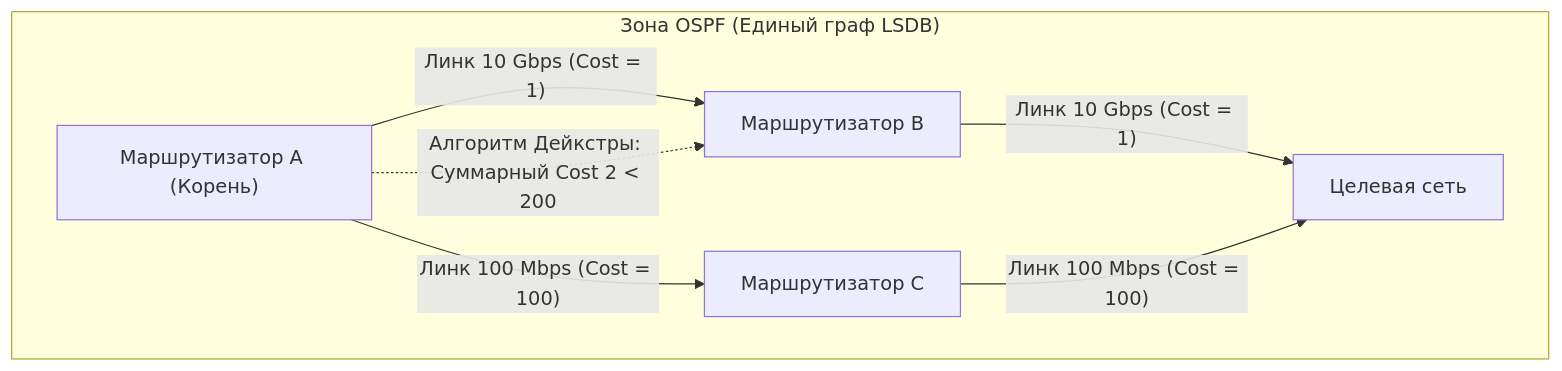
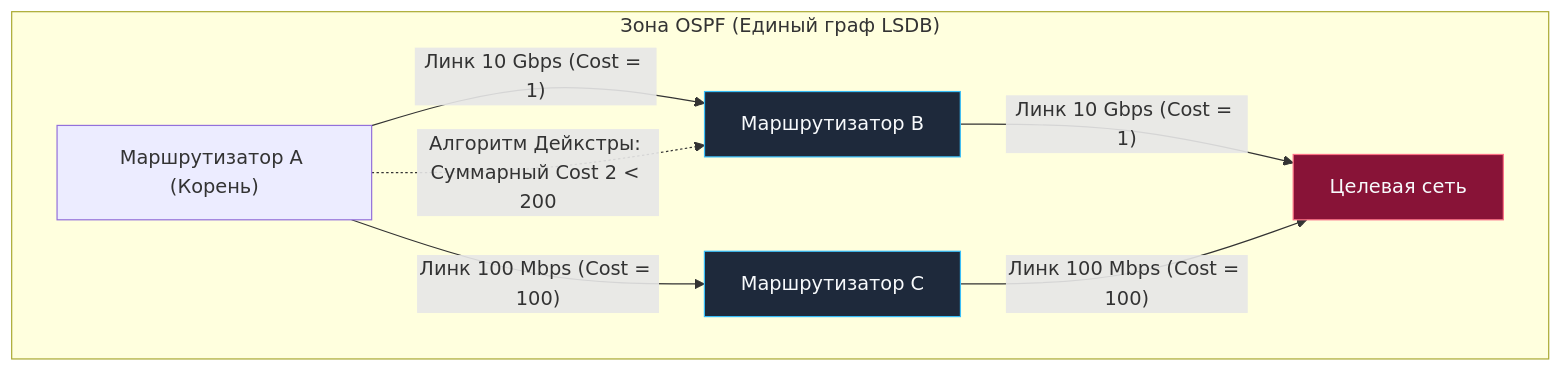
The fifth of 7 diagrams in sources/3. Компьютерные сети и сетевой стек/7. Статическая и динамическая маршрутизация. RIP, OSPF, BGP.md (UnrealTemplier/go-textbook), drawn with Mermaid before and after one commit. The commit also changed other lines of this file and 1666 other files, not shown here.

First line of the commit message:
feat(mermaid): add semantic color classDef to 1369 colorless flowchart/graph diagrams

````diff
--- a/sources/3. Компьютерные сети и сетевой стек/7. Статическая и динамическая маршрутизация. RIP, OSPF, BGP.md
+++ b/sources/3. Компьютерные сети и сетевой стек/7. Статическая и динамическая маршрутизация. RIP, OSPF, BGP.md
@@ -155,17 +185,27 @@
 ```mermaid
 flowchart TD
+    classDef process  fill:#1e293b,stroke:#38bdf8,stroke-width:1px,color:#f8fafc
+    classDef success  fill:#064e3b,stroke:#34d399,stroke-width:1px,color:#f8fafc
+    classDef error    fill:#7f1d1d,stroke:#f87171,stroke-width:1px,color:#f8fafc
+    classDef warning  fill:#78350f,stroke:#fbbf24,stroke-width:1px,color:#f8fafc
+    classDef entry    fill:#1e3a5f,stroke:#38bdf8,stroke-width:2px,color:#f8fafc
+    classDef aux      fill:#334155,stroke:#64748b,stroke-width:1px,color:#f8fafc
+    classDef system   fill:#312e81,stroke:#a78bfa,stroke-width:1px,color:#f8fafc
+    classDef data     fill:#132d29,stroke:#2dd4bf,stroke-width:1px,color:#f8fafc
+    classDef network  fill:#881337,stroke:#fb7185,stroke-width:1px,color:#f8fafc
+    classDef accent   fill:#1e1b4b,stroke:#818cf8,stroke-width:1px,color:#f8fafc
     subgraph OSPF_Area ["Зона OSPF (Единый граф LSDB)"]
         R_A["Маршрутизатор A (Корень)"]
-        R_B["Маршрутизатор B"]
-        R_C["Маршрутизатор C"]
-        Dest["Целевая сеть"]
+        R_B["Маршрутизатор B"]:::process
+        R_C["Маршрутизатор C"]:::process
+        Dest["Целевая сеть"]:::network
 
         R_A -->|"Линк 10 Gbps (Cost = 1)"| R_B
         R_B -->|"Линк 10 Gbps (Cost = 1)"| Dest
         
         R_A -->|"Линк 100 Mbps (Cost = 100)"| R_C
         R_C -->|"Линк 100 Mbps (Cost = 100)"| Dest
     end
 
     R_A -.->|Алгоритм Дейкстры: Суммарный Cost 2 < 200| R_B
 ```
````
